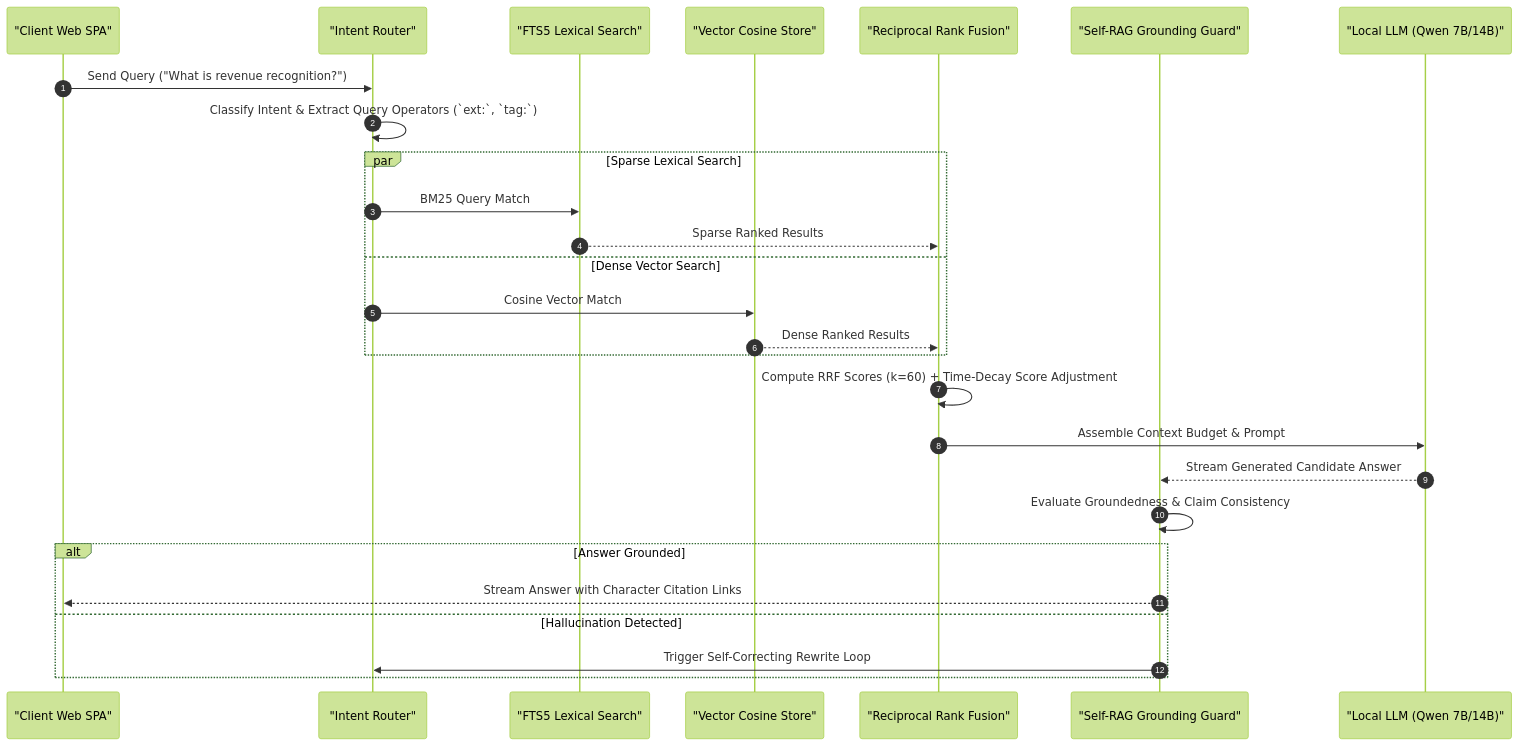
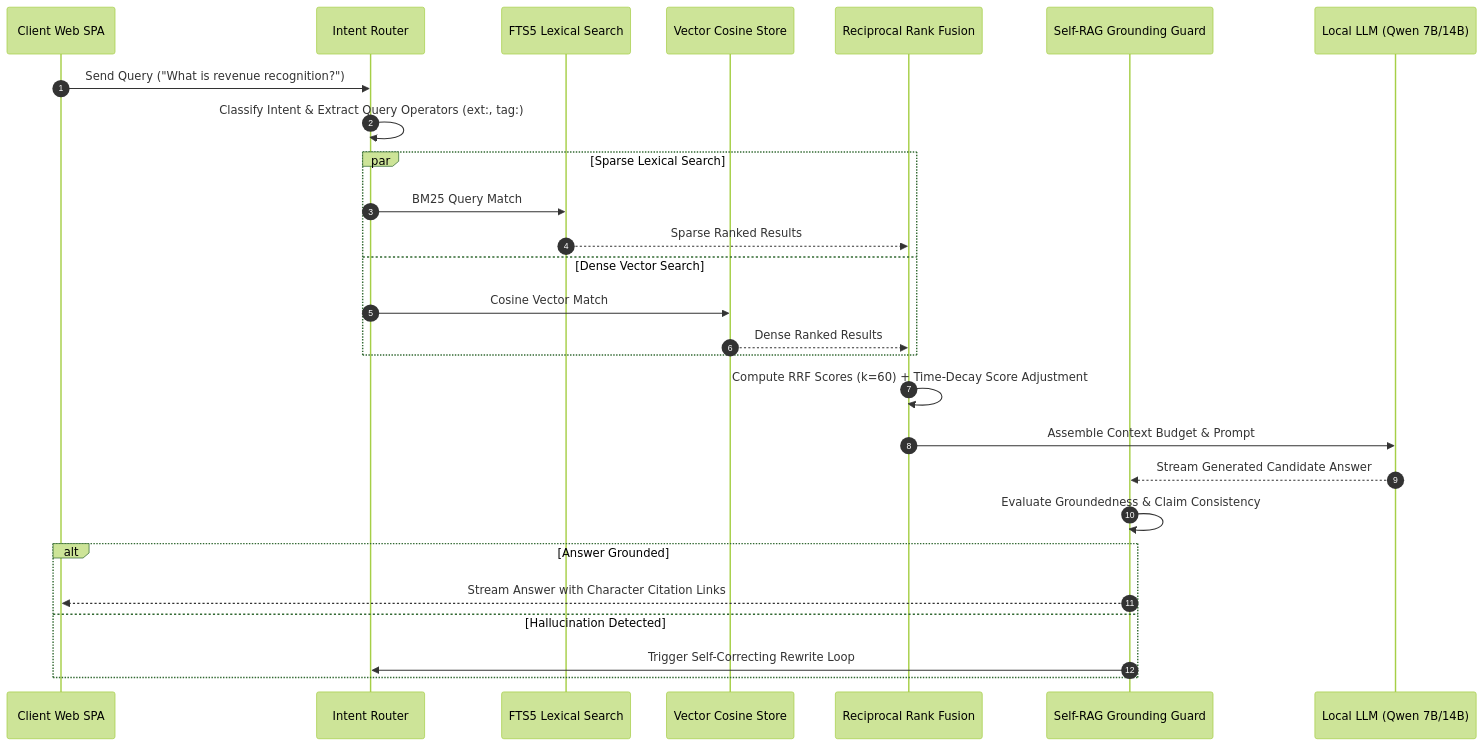
The fourth of 7 diagrams in README.md (SavianAlexander/uroboros-knowledge-engine), drawn with Mermaid (forest theme) before and after one commit. The commit also changed other lines of this file and 1 other file, not shown here.

Commit message:
docs(diagrams): fix Mermaid syntax errors and invalid tokens across README (#2023)

````diff
--- a/README.md
+++ b/README.md
@@ -302,30 +302,30 @@
 ```mermaid
 sequenceDiagram
     autonumber
-    participant User as "Client Web SPA"
-    participant Router as "Intent Router"
-    participant FTS as "FTS5 Lexical Search"
-    participant Vec as "Vector Cosine Store"
-    participant RRF as "Reciprocal Rank Fusion"
-    participant Guard as "Self-RAG Grounding Guard"
-    participant LLM as "Local LLM (Qwen 7B/14B)"
+    participant User as Client Web SPA
+    participant Router as Intent Router
+    participant FTS as FTS5 Lexical Search
+    participant Vec as Vector Cosine Store
+    participant RRF as Reciprocal Rank Fusion
+    participant Guard as Self-RAG Grounding Guard
+    participant LLM as Local LLM (Qwen 7B/14B)
 
     User->>Router: Send Query ("What is revenue recognition?")
-    Router->>Router: Classify Intent & Extract Query Operators (`ext:`, `tag:`)
+    Router->>Router: Classify Intent & Extract Query Operators (ext:, tag:)
     par Sparse Lexical Search
         Router->>FTS: BM25 Query Match
         FTS-->>RRF: Sparse Ranked Results
     and Dense Vector Search
         Router->>Vec: Cosine Vector Match
         Vec-->>RRF: Dense Ranked Results
     end
     RRF->>RRF: Compute RRF Scores (k=60) + Time-Decay Score Adjustment
     RRF->>LLM: Assemble Context Budget & Prompt
     LLM-->>Guard: Stream Generated Candidate Answer
     Guard->>Guard: Evaluate Groundedness & Claim Consistency
     alt Answer Grounded
         Guard-->>User: Stream Answer with Character Citation Links
     else Hallucination Detected
         Guard->>Router: Trigger Self-Correcting Rewrite Loop
     end
 ```
````
